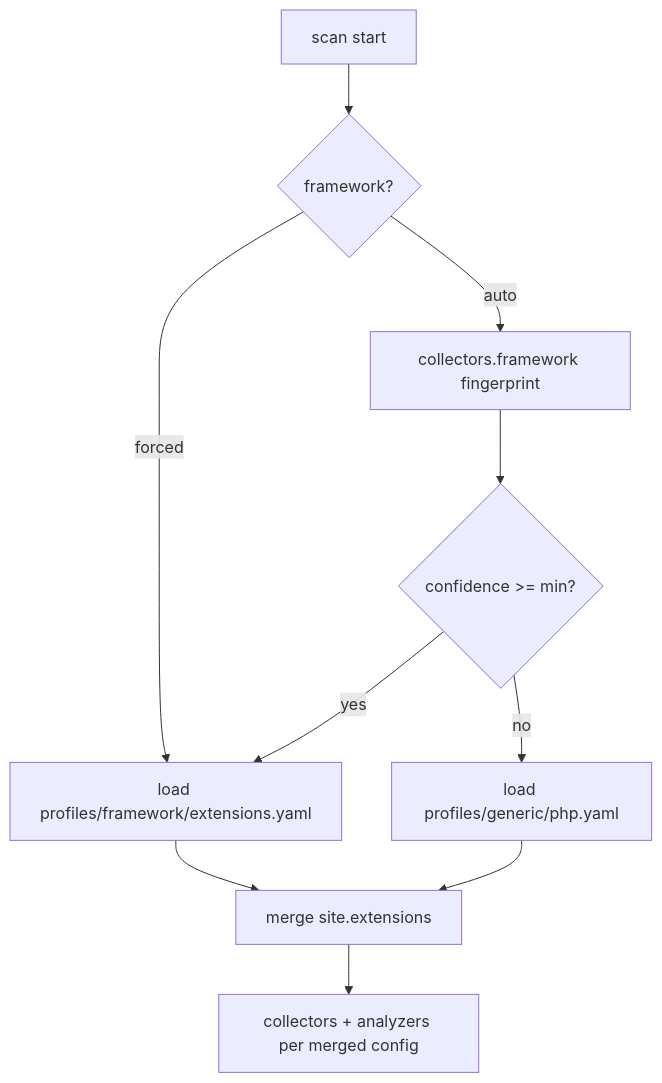
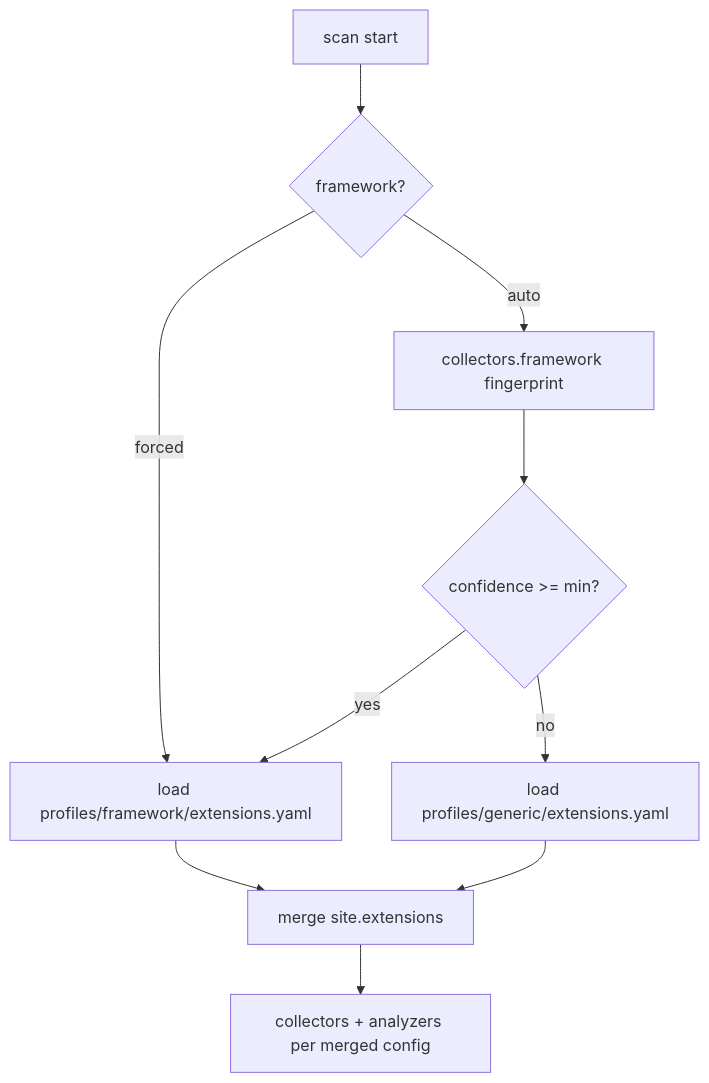
The diagram in v2_python_core/docs/framework_profiles.md (Vlad-1618M/web_audit), drawn with Mermaid before and after one commit. The commit also changed other lines of this file and 120 other files, not shown here.

````diff
--- a/v2_python_core/docs/framework_profiles.md
+++ b/v2_python_core/docs/framework_profiles.md
@@ -36,12 +36,12 @@
 ```mermaid
 flowchart TD
   START[scan start] --> FW{framework?}
   FW -->|auto| DET[collectors.framework fingerprint]
   FW -->|forced| LOAD[load profiles/framework/extensions.yaml]
   DET --> CONF{confidence >= min?}
   CONF -->|yes| LOAD
-  CONF -->|no| GEN[load profiles/generic/php.yaml]
+  CONF -->|no| GEN[load profiles/generic/extensions.yaml]
   LOAD --> MERGE[merge site.extensions]
   GEN --> MERGE
   MERGE --> RUN[collectors + analyzers per merged config]
 ```
````
